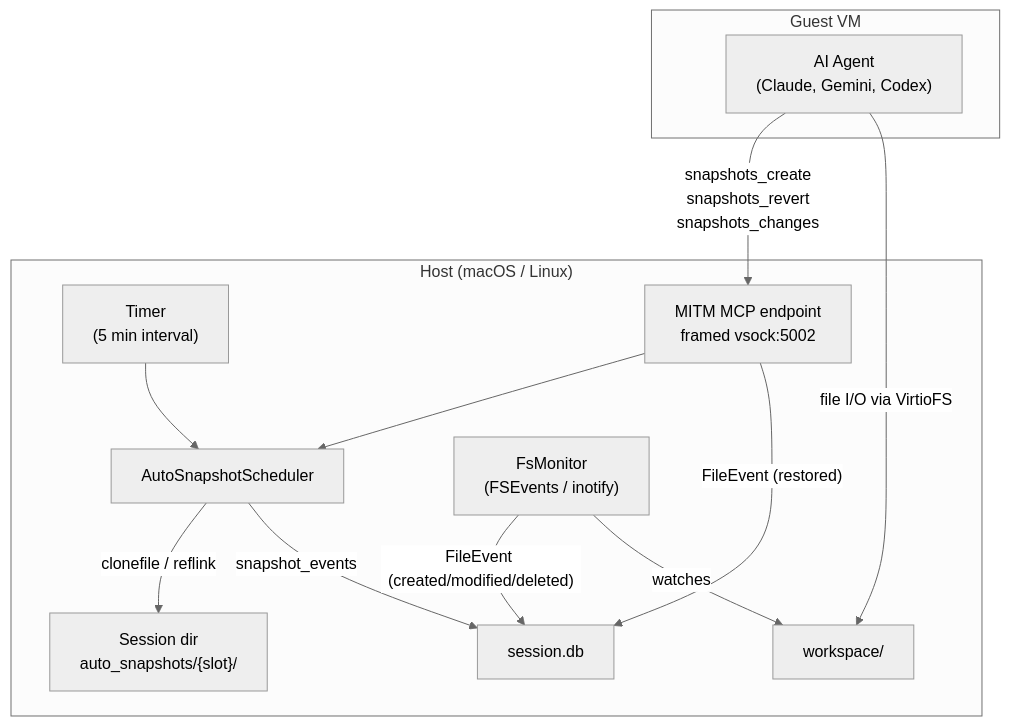
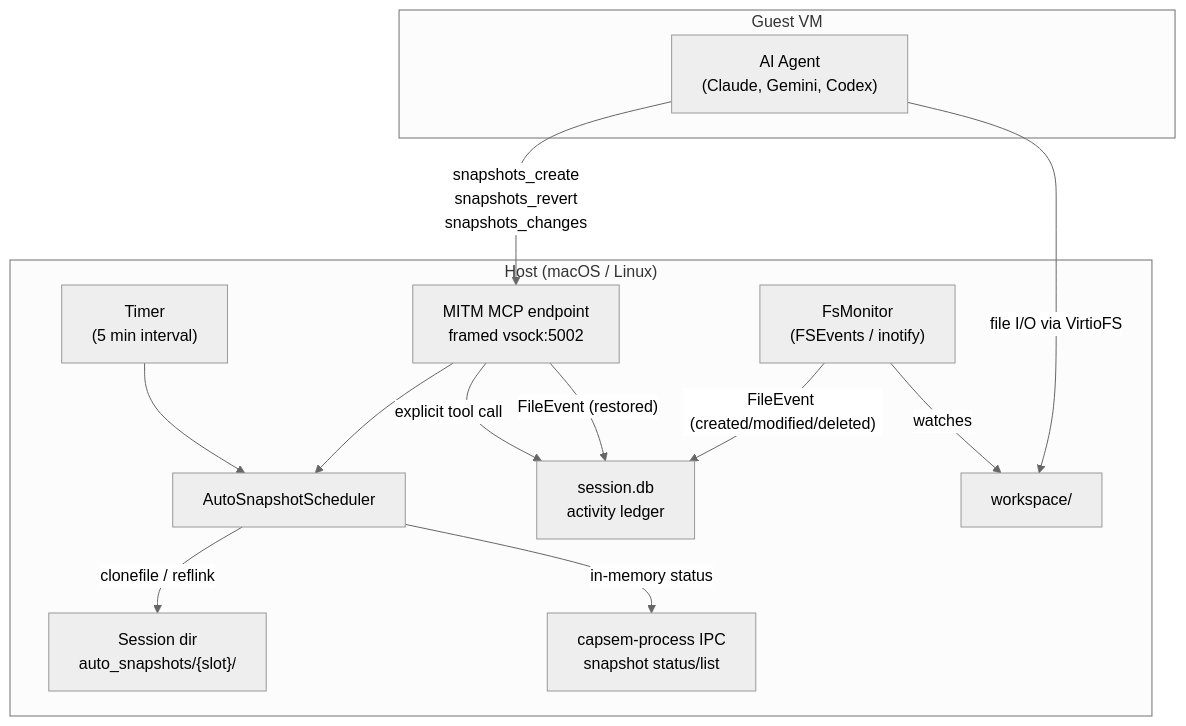
One commit to google/capsem changed the first of 3 diagrams in docs/src/content/docs/architecture/snapshots.md. Above: the diagram before and after it, drawn with Mermaid (neutral theme). The commit also changed other lines of this file and 30 other files, not shown here.

Commit message:
fix: keep snapshots out of session ledger

````diff
--- a/docs/src/content/docs/architecture/snapshots.md
+++ b/docs/src/content/docs/architecture/snapshots.md
@@ -12,26 +12,28 @@
 ```mermaid
 flowchart TB
   subgraph Host["Host (macOS / Linux)"]
     Timer["Timer<br/>(5 min interval)"]
     MCP["MITM MCP endpoint<br/>framed vsock:5002"]
     Sched["AutoSnapshotScheduler"]
     FS["Session dir<br/>auto_snapshots/{slot}/"]
-    DB["session.db"]
+    IPC["capsem-process IPC<br/>snapshot status/list"]
     FM["FsMonitor<br/>(FSEvents / inotify)"]
+    DB["session.db<br/>activity ledger"]
     WS["workspace/"]
   end
 
   subgraph Guest["Guest VM"]
     Agent["AI Agent<br/>(Claude, Gemini, Codex)"]
   end
 
   Agent -- "snapshots_create<br/>snapshots_revert<br/>snapshots_changes" --> MCP
   MCP --> Sched
   Timer --> Sched
   Sched -- "clonefile / reflink" --> FS
-  Sched -- "snapshot_events" --> DB
+  Sched -- "in-memory status" --> IPC
+  MCP -- "explicit tool call" --> DB
   MCP -- "FileEvent (restored)" --> DB
   FM -- "FileEvent (created/modified/deleted)" --> DB
   Agent -- "file I/O via VirtioFS" --> WS
   FM -- "watches" --> WS
 ```
````
